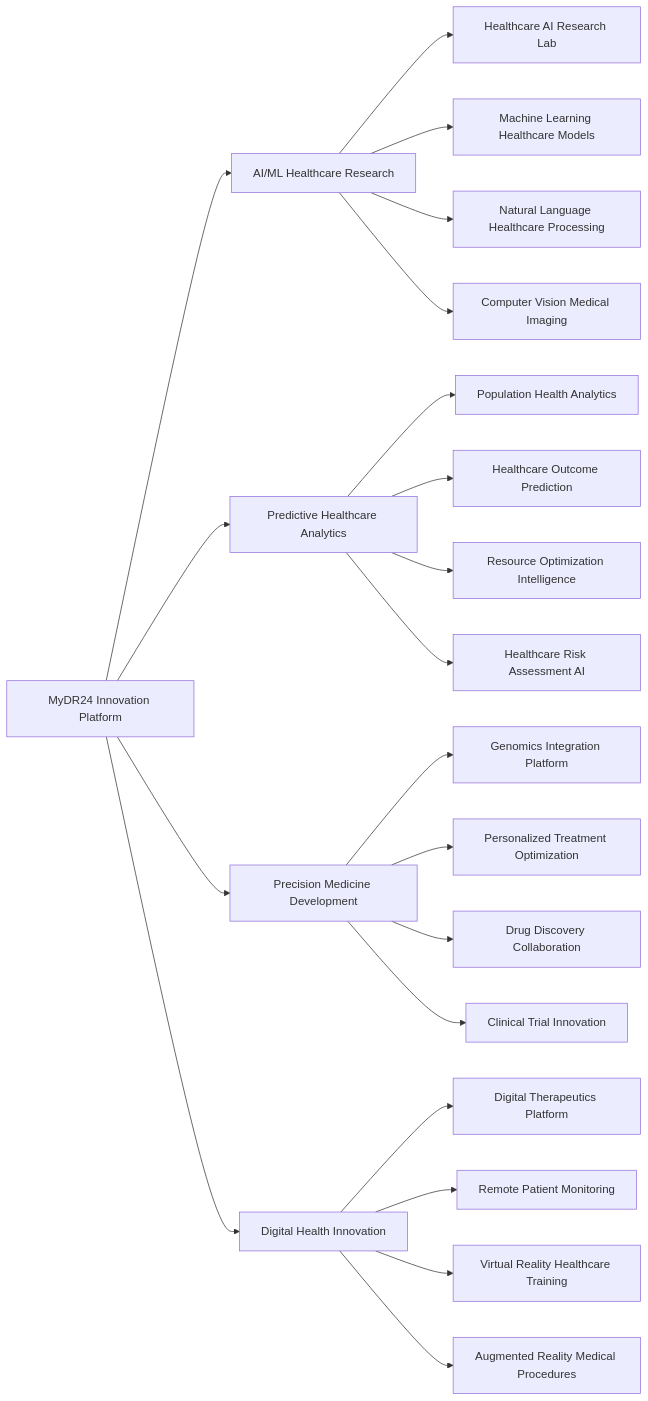
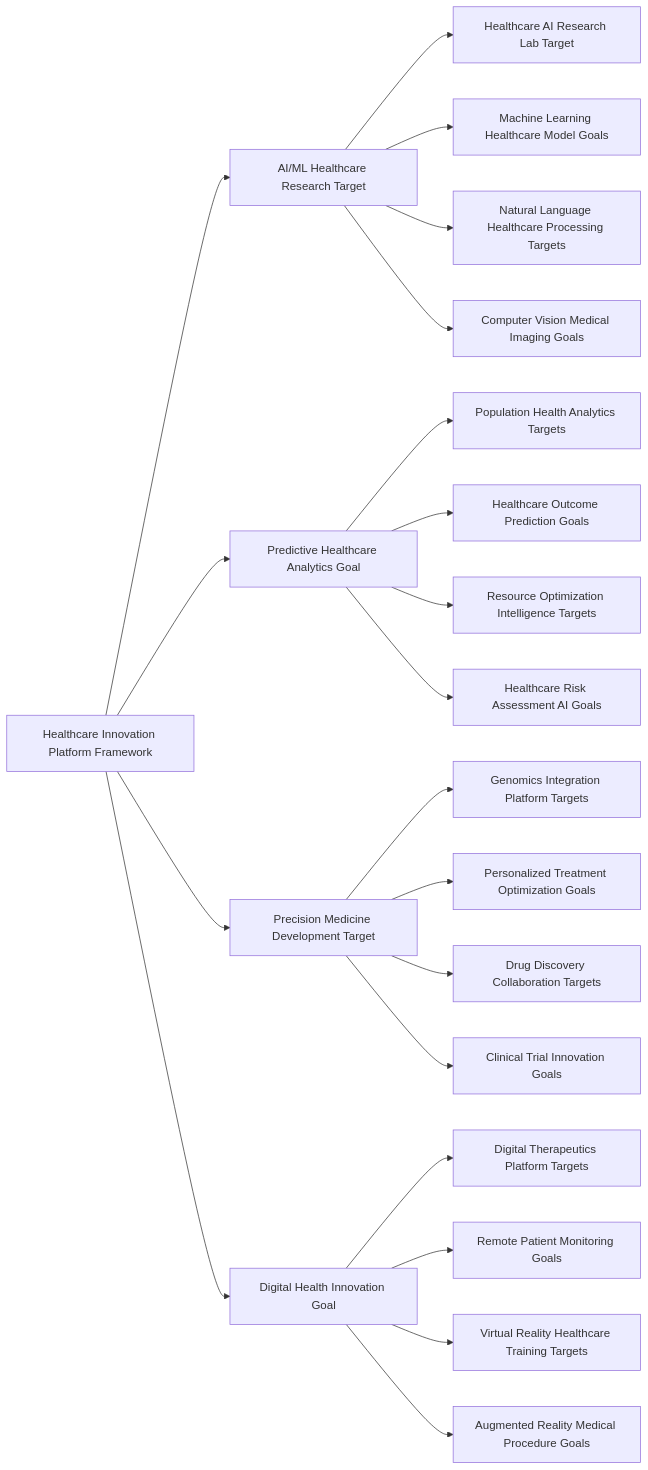
Before and after one commit to mydr24/book: the fifth of 5 diagrams in chapters/13-scaling-strategies.md, drawn with Mermaid. The commit also changed other lines of this file and 15 other files, not shown here.

````diff
--- a/chapters/13-scaling-strategies.md
+++ b/chapters/13-scaling-strategies.md
@@ -260,27 +262,27 @@
 ```mermaid
 graph LR
-    A[MyDR24 Innovation Platform] --> B[AI/ML Healthcare Research]
-    A --> C[Predictive Healthcare Analytics]
-    A --> D[Precision Medicine Development]
-    A --> E[Digital Health Innovation]
+    A[Healthcare Innovation Platform Framework] --> B[AI/ML Healthcare Research Target]
+    A --> C[Predictive Healthcare Analytics Goal]
+    A --> D[Precision Medicine Development Target]
+    A --> E[Digital Health Innovation Goal]
     
-    B --> B1[Healthcare AI Research Lab]
-    B --> B2[Machine Learning Healthcare Models]
-    B --> B3[Natural Language Healthcare Processing]
-    B --> B4[Computer Vision Medical Imaging]
+    B --> B1[Healthcare AI Research Lab Target]
+    B --> B2[Machine Learning Healthcare Model Goals]
+    B --> B3[Natural Language Healthcare Processing Targets]
+    B --> B4[Computer Vision Medical Imaging Goals]
     
-    C --> C1[Population Health Analytics]
-    C --> C2[Healthcare Outcome Prediction]
-    C --> C3[Resource Optimization Intelligence]
-    C --> C4[Healthcare Risk Assessment AI]
+    C --> C1[Population Health Analytics Targets]
+    C --> C2[Healthcare Outcome Prediction Goals]
+    C --> C3[Resource Optimization Intelligence Targets]
+    C --> C4[Healthcare Risk Assessment AI Goals]
     
-    D --> D1[Genomics Integration Platform]
-    D --> D2[Personalized Treatment Optimization]
-    D --> D3[Drug Discovery Collaboration]
-    D --> D4[Clinical Trial Innovation]
+    D --> D1[Genomics Integration Platform Targets]
+    D --> D2[Personalized Treatment Optimization Goals]
+    D --> D3[Drug Discovery Collaboration Targets]
+    D --> D4[Clinical Trial Innovation Goals]
     
-    E --> E1[Digital Therapeutics Platform]
-    E --> E2[Remote Patient Monitoring]
-    E --> E3[Virtual Reality Healthcare Training]
-    E --> E4[Augmented Reality Medical Procedures]
+    E --> E1[Digital Therapeutics Platform Targets]
+    E --> E2[Remote Patient Monitoring Goals]
+    E --> E3[Virtual Reality Healthcare Training Targets]
+    E --> E4[Augmented Reality Medical Procedure Goals]
 ```
````
